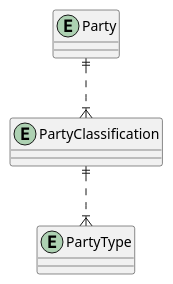
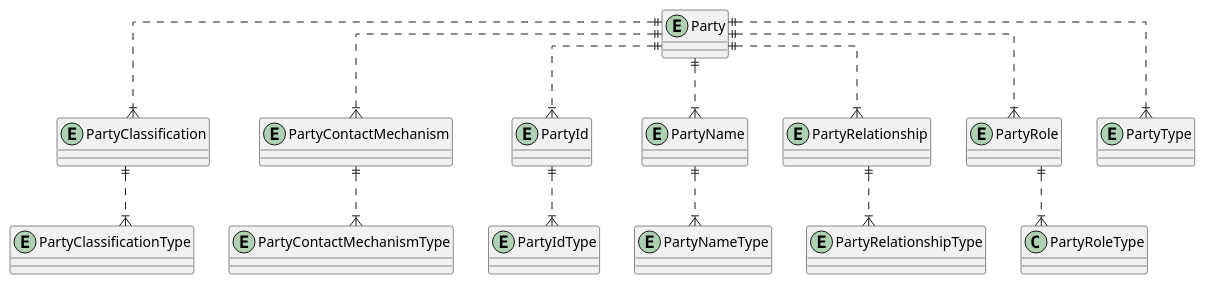
One commit to ErpMicroServices/people_and_organizations-database changed the diagram in ERD/Party.puml. Above: the diagram before and after it, drawn with PlantUML.

Commit message:
Create the Party diagram

```diff
--- a/ERD/Party.puml
+++ b/ERD/Party.puml
@@ -1,20 +1,70 @@
 @startuml
 ' hide the spot
 ' hide circle
 
 ' avoid problems with angled crows feet
 skinparam linetype ortho
 
 entity Party {
 }
 
 entity PartyClassification {
 }
 
+entity PartyClassificationType {
+}
+
+entity PartyContactMechanism {
+}
+
+entity PartyContactMechanismType {
+}
+
+entity PartyId {
+}
+
+entity PartyIdType{
+}
+
+entity PartyName {
+
+}
+
+entity PartyNameType {
+
+}
+
+entity PartyRelationship {
+
+}
+
+entity PartyRelationshipType {
+
+}
+
+entity PartyRole {
+}
+
 entity PartyType {
 }
 
+
+
 Party ||..|{ PartyClassification
-PartyClassification ||..|{ PartyType
+Party ||..|{ PartyContactMechanism
+Party ||..|{ PartyId
+Party ||..|{ PartyName
+Party ||..|{ PartyRelationship
+Party ||..|{ PartyRole
+Party ||..|{ PartyType
+
+
+PartyClassification ||..|{ PartyClassificationType
+PartyContactMechanism ||..|{ PartyContactMechanismType
+PartyId ||..|{ PartyIdType
+PartyName ||..|{ PartyNameType
+PartyRelationship ||..|{ PartyRelationshipType
+PartyRole ||..|{ PartyRoleType
+
 
 @enduml
```
